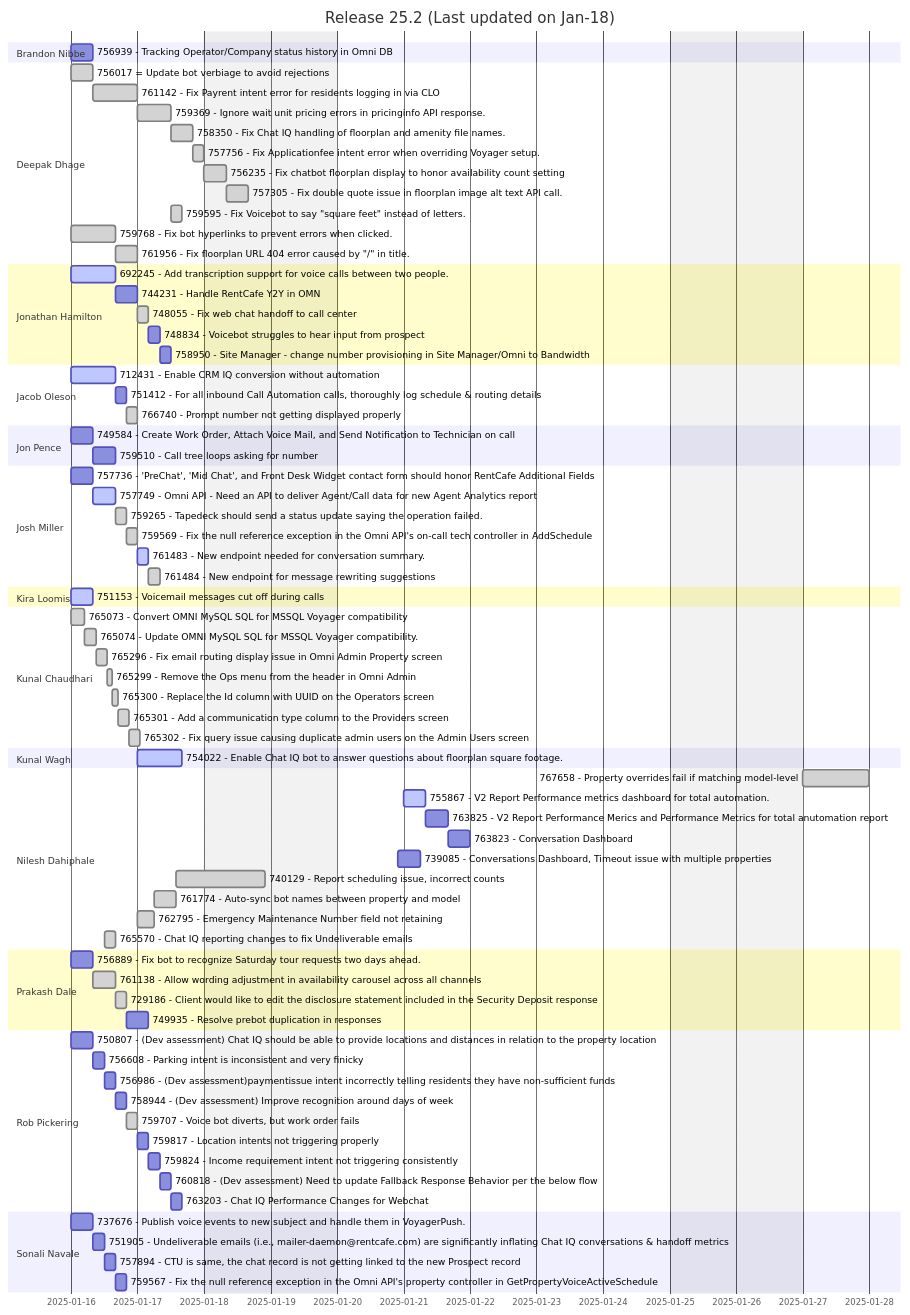
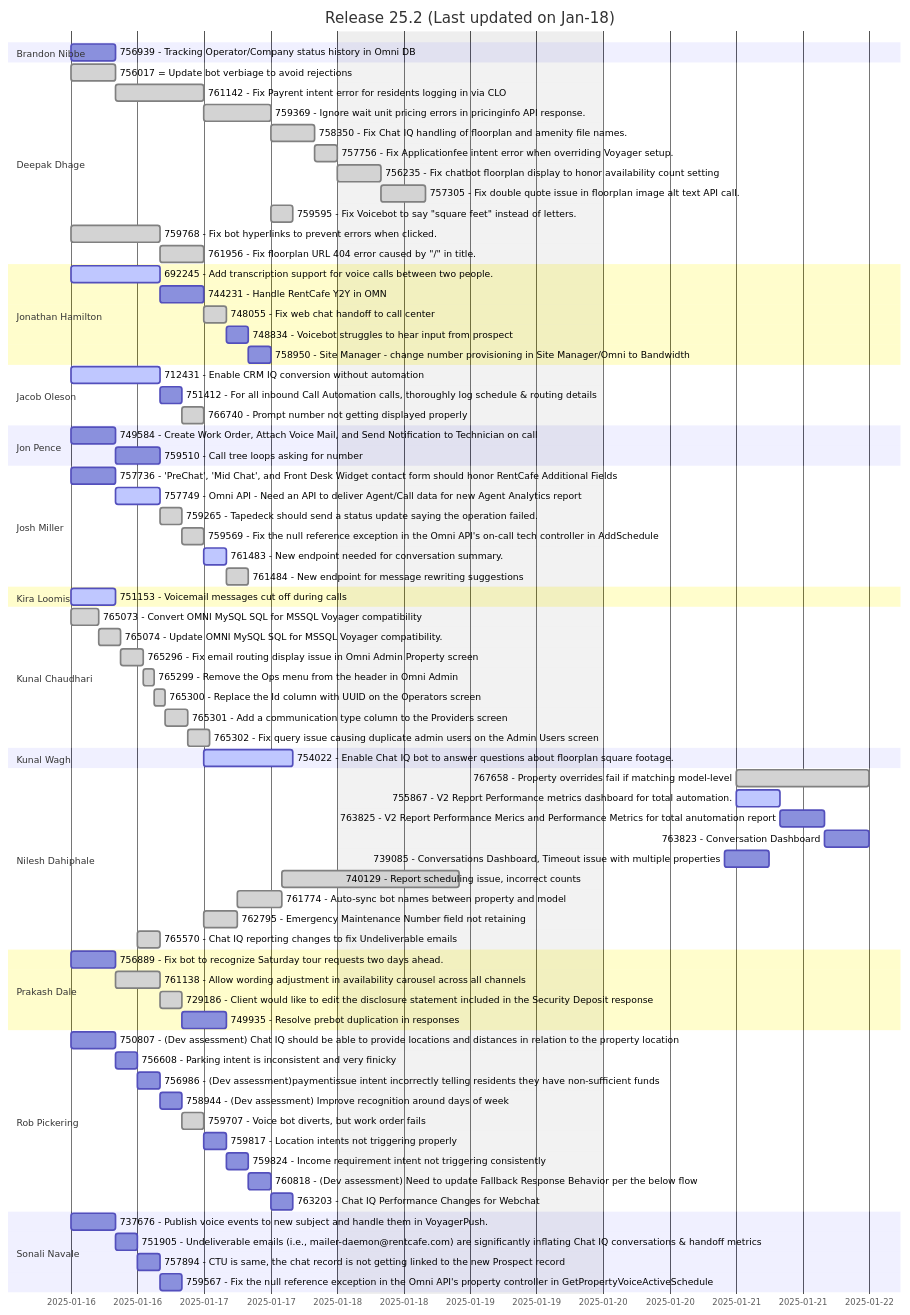
The first of 2 diagrams in README.md (prakash-dale/prakash-dale.github.io), drawn with Mermaid before and after one commit.

```diff
--- a/README.md
+++ b/README.md
@@ -65,7 +65,7 @@
 
 
     section Nilesh Dahiphale
-        767658 - Property overrides fail if matching model-level: done, 767658, Jan-27, 24h
+        767658 - Property overrides fail if matching model-level: done, 767658, Jan-21, 24h
         755867 - V2 Report Performance metrics dashboard for total automation.: active, 755867, Jan-21, 8h
         763825 - V2 Report  Performance Merics and Performance Metrics for total anutomation report: 763825, after 755867, 8h
         763823 - Conversation Dashboard: 763823, after 763825, 8h
```
